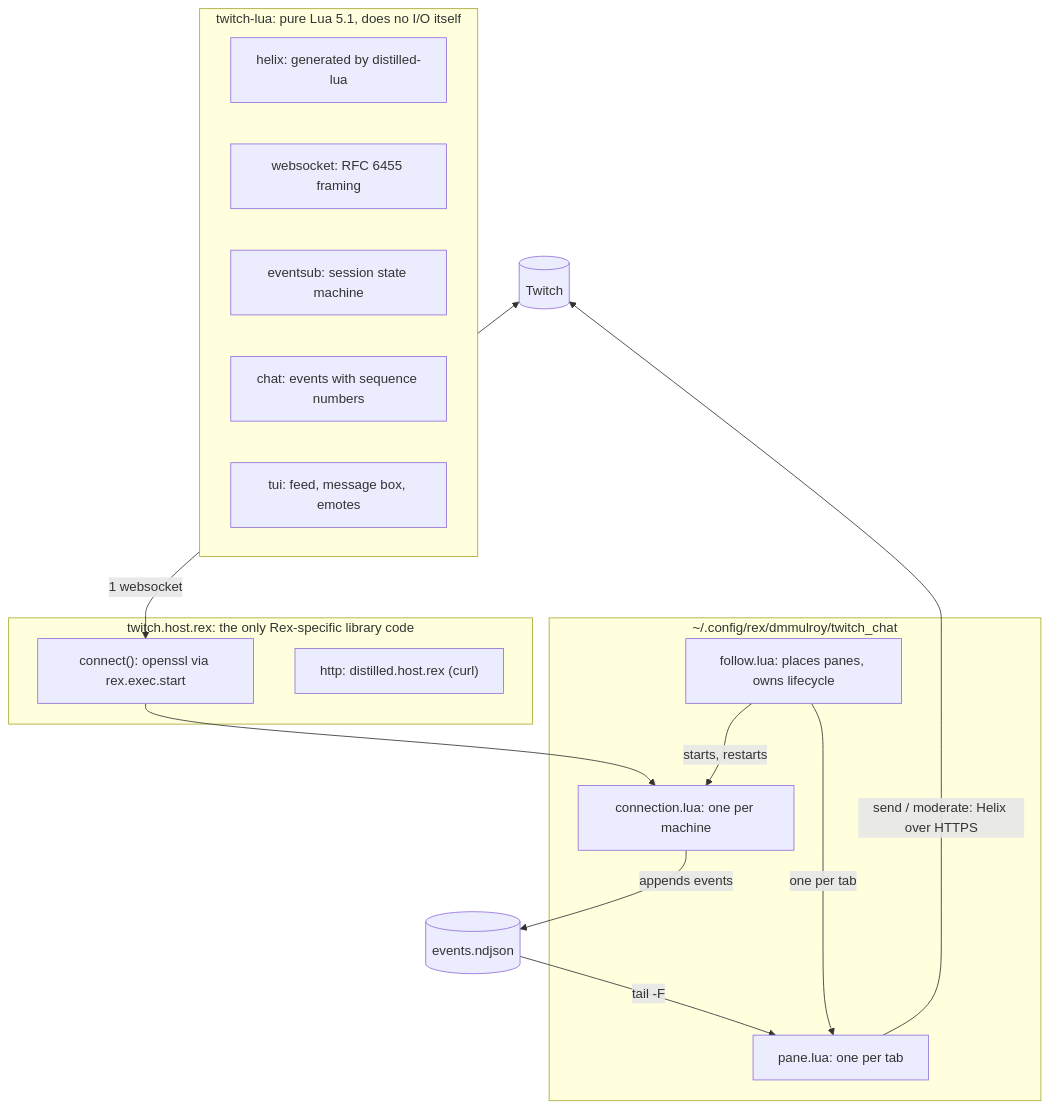
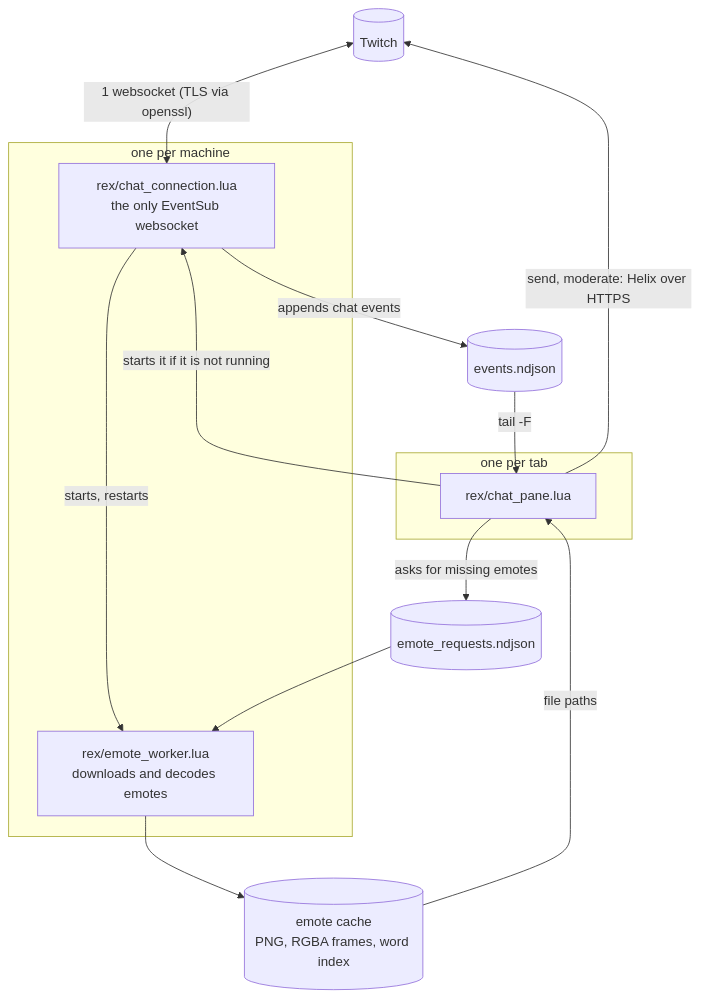
One commit to dmmulroy/twitch-lua changed the diagram in docs/DESIGN.md. Above: the diagram before and after it, drawn with Mermaid. The commit also changed other lines of this file and 17 other files, not shown here.

````diff
--- a/docs/DESIGN.md
+++ b/docs/DESIGN.md
@@ -36,26 +8,21 @@
 ```mermaid
 flowchart TB
     Twitch[(Twitch)]
-    subgraph lib ["twitch-lua: pure Lua 5.1, does no I/O itself"]
-        helix["helix: generated by distilled-lua"]
-        ws["websocket: RFC 6455 framing"]
-        es["eventsub: session state machine"]
-        chat["chat: events with sequence numbers"]
-        tui["tui: feed, message box, emotes"]
+    subgraph one ["one per machine"]
+        C["rex/chat_connection.lua<br/>the only EventSub websocket"]
+        W["rex/emote_worker.lua<br/>downloads and decodes emotes"]
     end
-    subgraph rexhost ["twitch.host.rex: the only Rex-specific library code"]
-        conn["connect(): openssl via rex.exec.start"]
-        http["http: distilled.host.rex (curl)"]
+    subgraph many ["one per tab"]
+        P["rex/chat_pane.lua"]
     end
-    subgraph cfg ["~/.config/rex/dmmulroy/twitch_chat"]
-        C["connection.lua: one per machine"]
-        P["pane.lua: one per tab"]
-        F["follow.lua: places panes, owns lifecycle"]
-    end
-    Twitch <-- "1 websocket" --> conn --> C
-    C -- "appends events" --> L[("events.ndjson")]
+    Twitch <-- "1 websocket (TLS via openssl)" --> C
+    C -- "appends chat events" --> L[("events.ndjson")]
     L -- "tail -F" --> P
-    P -- "send / moderate: Helix over HTTPS" --> Twitch
-    F -- starts, restarts --> C
-    F -- "one per tab" --> P
+    P -- "send, moderate: Helix over HTTPS" --> Twitch
+    P -- "starts it if it is not running" --> C
+    C -- "starts, restarts" --> W
+    P -- "asks for missing emotes" --> Q[("emote_requests.ndjson")]
+    Q --> W
+    W --> E[("emote cache<br/>PNG, RGBA frames, word index")]
+    E -- "file paths" --> P
 ```
````
